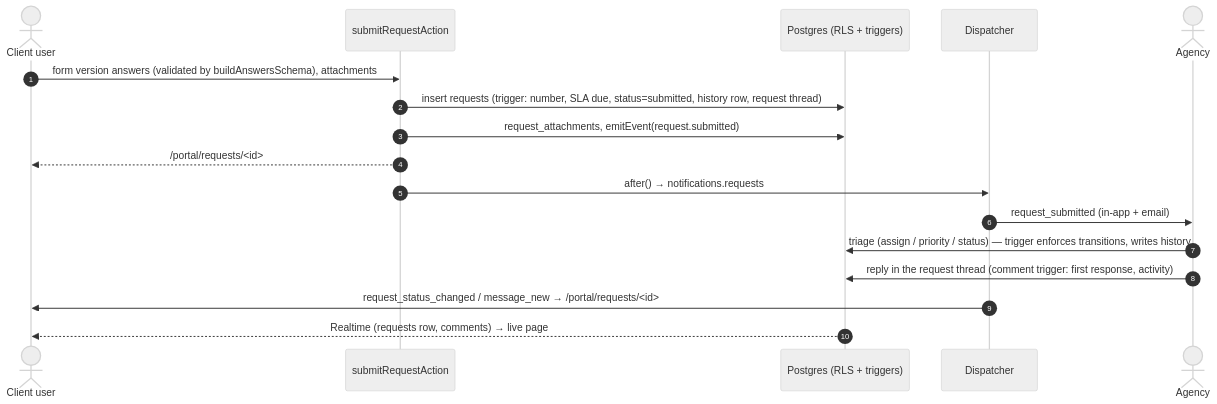
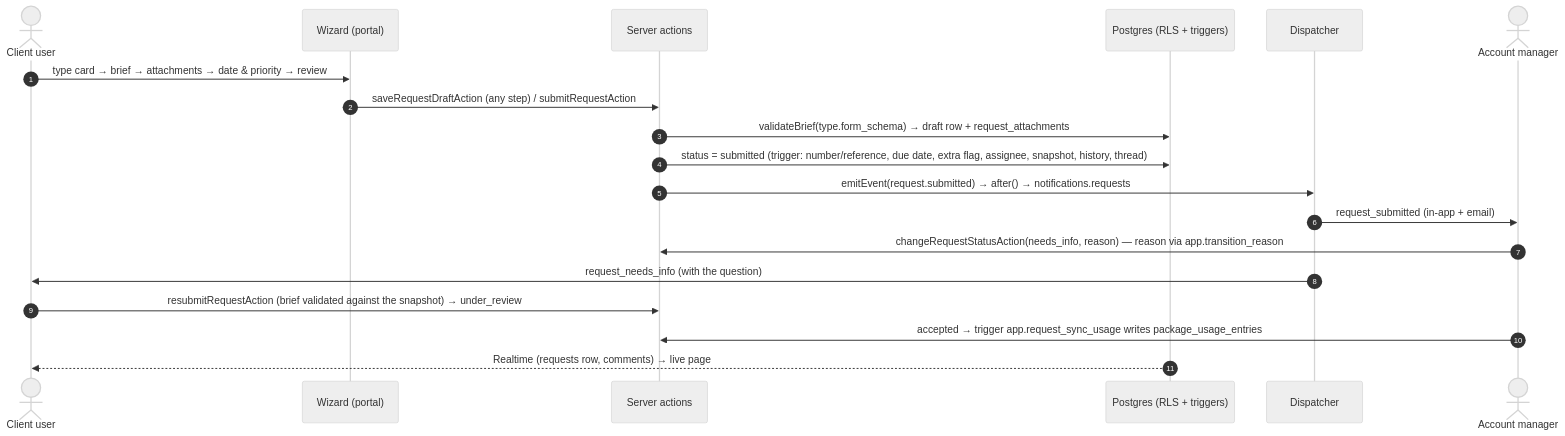
The seventh of 7 diagrams in docs/ARCHITECTURE.md (AHamido84/Central-Team), drawn with Mermaid (neutral theme) before and after one commit. The commit also changed other lines of this file and 13 other files, not shown here.

````diff
--- a/docs/ARCHITECTURE.md
+++ b/docs/ARCHITECTURE.md
@@ -476,19 +476,21 @@
 ```mermaid
 sequenceDiagram
   autonumber
   actor C as Client user
-  participant A as submitRequestAction
+  participant W as Wizard (portal)
+  participant A as Server actions
   participant DB as Postgres (RLS + triggers)
   participant D as Dispatcher
-  actor AM as Agency
-  C->>A: form version answers (validated by buildAnswersSchema), attachments
-  A->>DB: insert requests (trigger: number, SLA due, status=submitted, history row, request thread)
-  A->>DB: request_attachments, emitEvent(request.submitted)
-  A-->>C: /portal/requests/<id>
-  A->>D: after() → notifications.requests
+  actor AM as Account manager
+  C->>W: type card → brief → attachments → date & priority → review
+  W->>A: saveRequestDraftAction (any step) / submitRequestAction
+  A->>DB: validateBrief(type.form_schema) → draft row + request_attachments
+  A->>DB: status = submitted (trigger: number/reference, due date, extra flag, assignee, snapshot, history, thread)
+  A->>D: emitEvent(request.submitted) → after() → notifications.requests
   D->>AM: request_submitted (in-app + email)
-  AM->>DB: triage (assign / priority / status) — trigger enforces transitions, writes history
-  AM->>DB: reply in the request thread (comment trigger: first response, activity)
-  D->>C: request_status_changed / message_new → /portal/requests/<id>
+  AM->>A: changeRequestStatusAction(needs_info, reason) — reason via app.transition_reason
+  D->>C: request_needs_info (with the question)
+  C->>A: resubmitRequestAction (brief validated against the snapshot) → under_review
+  AM->>A: accepted → trigger app.request_sync_usage writes package_usage_entries
   DB-->>C: Realtime (requests row, comments) → live page
 ```
````
